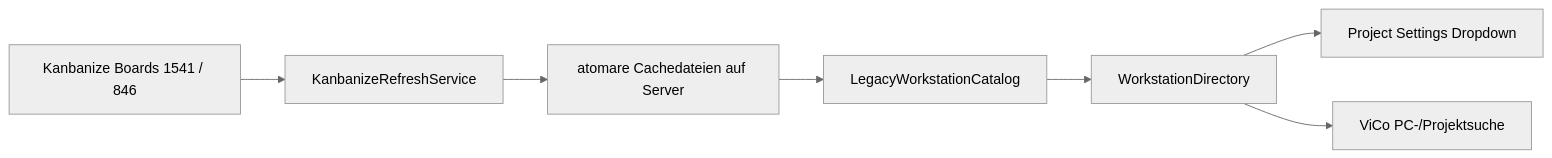
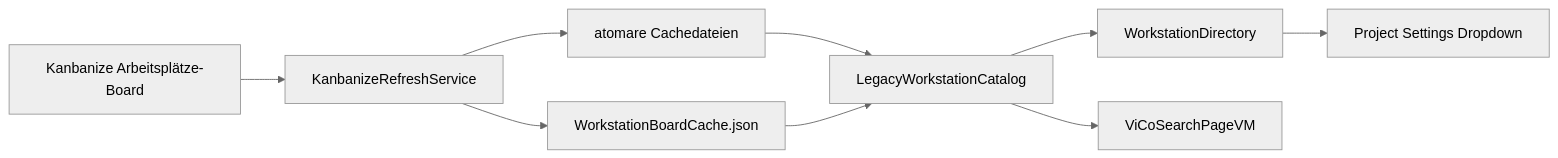
One commit to Marbest4/VIBN_Tools_integratedVico changed the first of 6 diagrams in docs/DATENFLUESSE.md. Above: the diagram before and after it, drawn with Mermaid (neutral theme). The commit also changed other lines of this file and 72 other files, not shown here.

````diff
--- a/docs/DATENFLUESSE.md
+++ b/docs/DATENFLUESSE.md
@@ -5,9 +5,11 @@
 ```mermaid
 flowchart LR
-    K["Kanbanize Boards 1541 / 846"] --> R["KanbanizeRefreshService"]
-    R --> C["atomare Cachedateien auf Server"]
-    C --> L["LegacyWorkstationCatalog"]
-    L --> D["WorkstationDirectory"]
-    D --> S["Project Settings Dropdown"]
-    D --> V["ViCo PC-/Projektsuche"]
+    K[Kanbanize Arbeitsplätze-Board] --> R[KanbanizeRefreshService]
+    R --> C[atomare Cachedateien]
+    R --> S[WorkstationBoardCache.json]
+    C --> P[LegacyWorkstationCatalog]
+    S --> P
+    P --> D[WorkstationDirectory]
+    P --> V[ViCoSearchPageVM]
+    D --> PS[Project Settings Dropdown]
 ```
````
